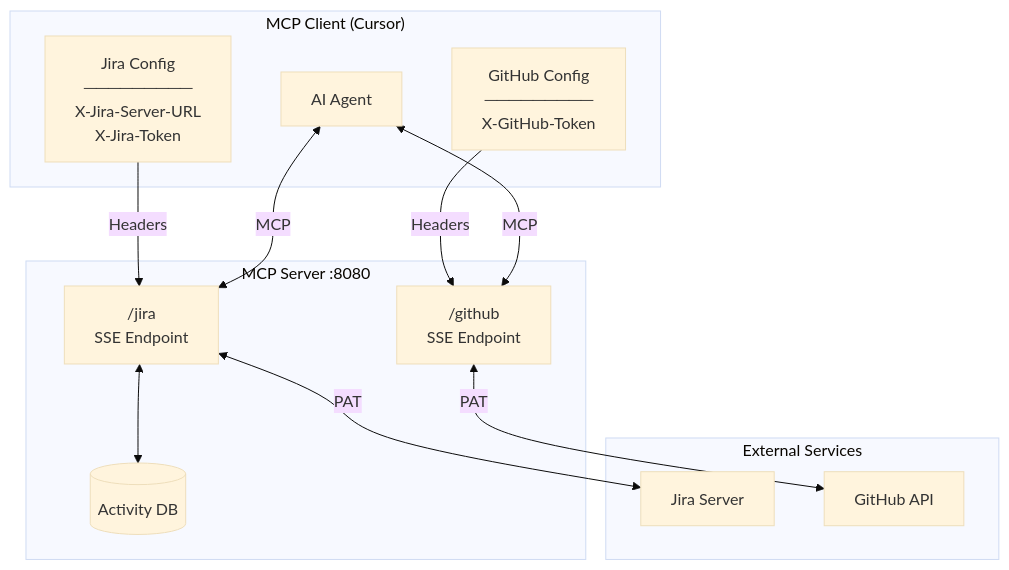
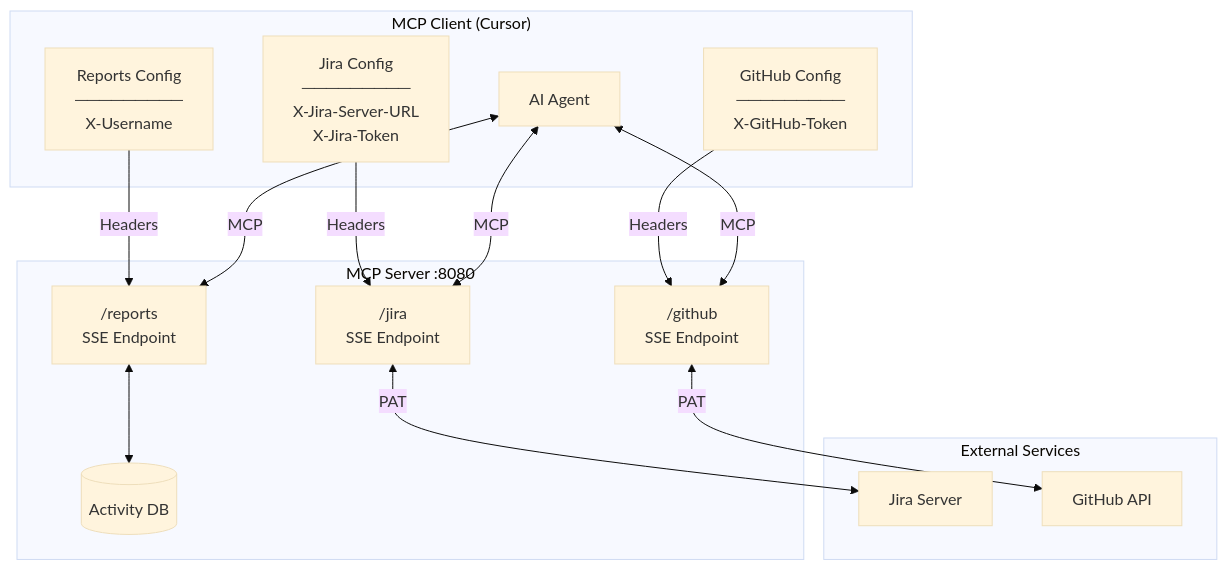
Before and after one commit to nemerna/ghost: the first of 2 diagrams in README.md, drawn with Mermaid (base theme). The commit also changed other lines of this file and 1 other file, not shown here.

First line of the commit message:
refactor: extract reporting tools to dedicated /reports MCP endpoint

````diff
--- a/README.md
+++ b/README.md
@@ -47,27 +53,31 @@
 ```mermaid
 flowchart TB
     subgraph Client["MCP Client (Cursor)"]
         IDE[AI Agent]
         JiraConfig["Jira Config<br/>─────────<br/>X-Jira-Server-URL<br/>X-Jira-Token"]
         GitHubConfig["GitHub Config<br/>─────────<br/>X-GitHub-Token"]
+        ReportsConfig["Reports Config<br/>─────────<br/>X-Username"]
     end
 
     subgraph Server["MCP Server :8080"]
         JiraSSE["/jira<br/>SSE Endpoint"]
         GitHubSSE["/github<br/>SSE Endpoint"]
+        ReportsSSE["/reports<br/>SSE Endpoint"]
         DB[(Activity DB)]
     end
 
     subgraph External["External Services"]
         Jira[Jira Server]
         GitHub[GitHub API]
     end
 
     JiraConfig -->|Headers| JiraSSE
     GitHubConfig -->|Headers| GitHubSSE
+    ReportsConfig -->|Headers| ReportsSSE
     IDE <-->|MCP| JiraSSE
     IDE <-->|MCP| GitHubSSE
+    IDE <-->|MCP| ReportsSSE
     JiraSSE <-->|PAT| Jira
-    JiraSSE <--> DB
+    ReportsSSE <--> DB
     GitHubSSE <-->|PAT| GitHub
 ```
````
